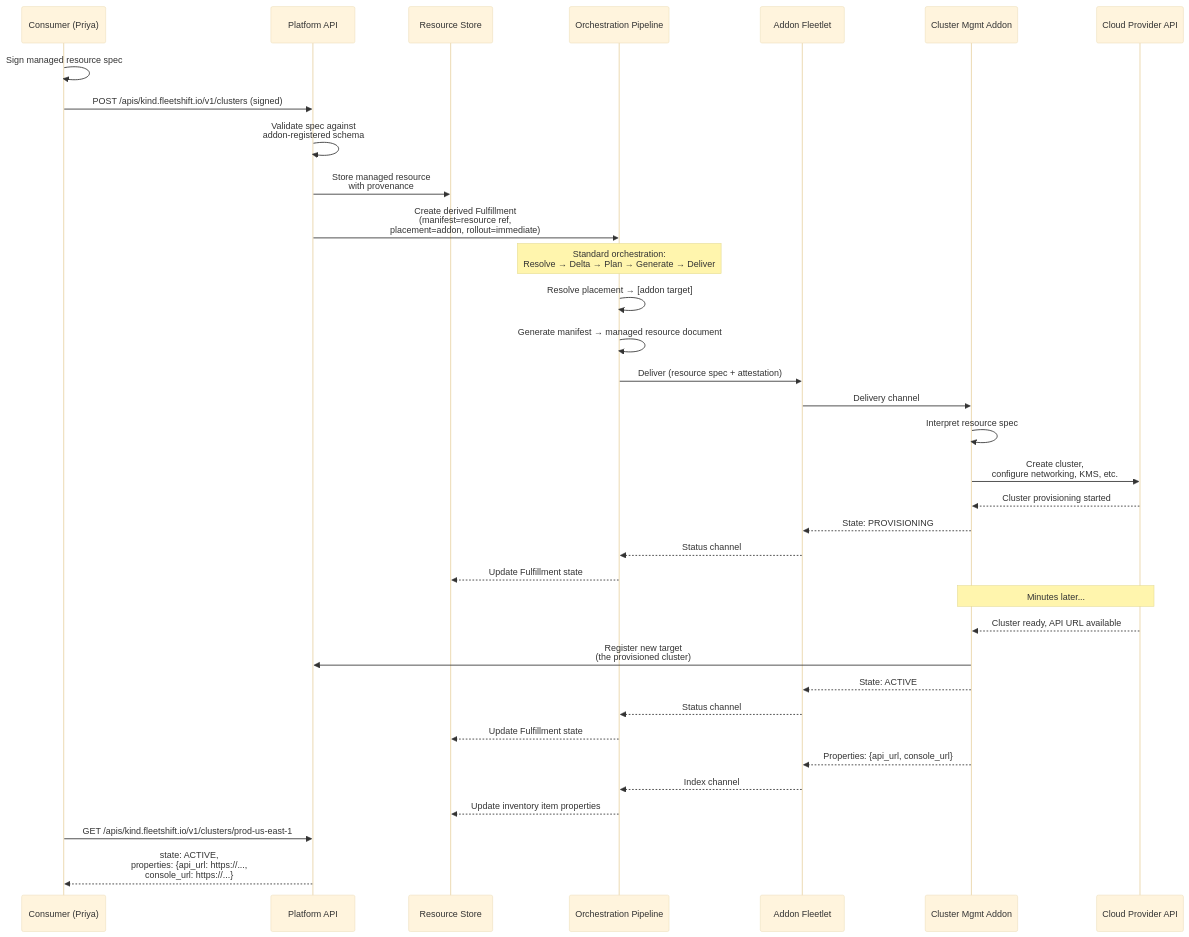
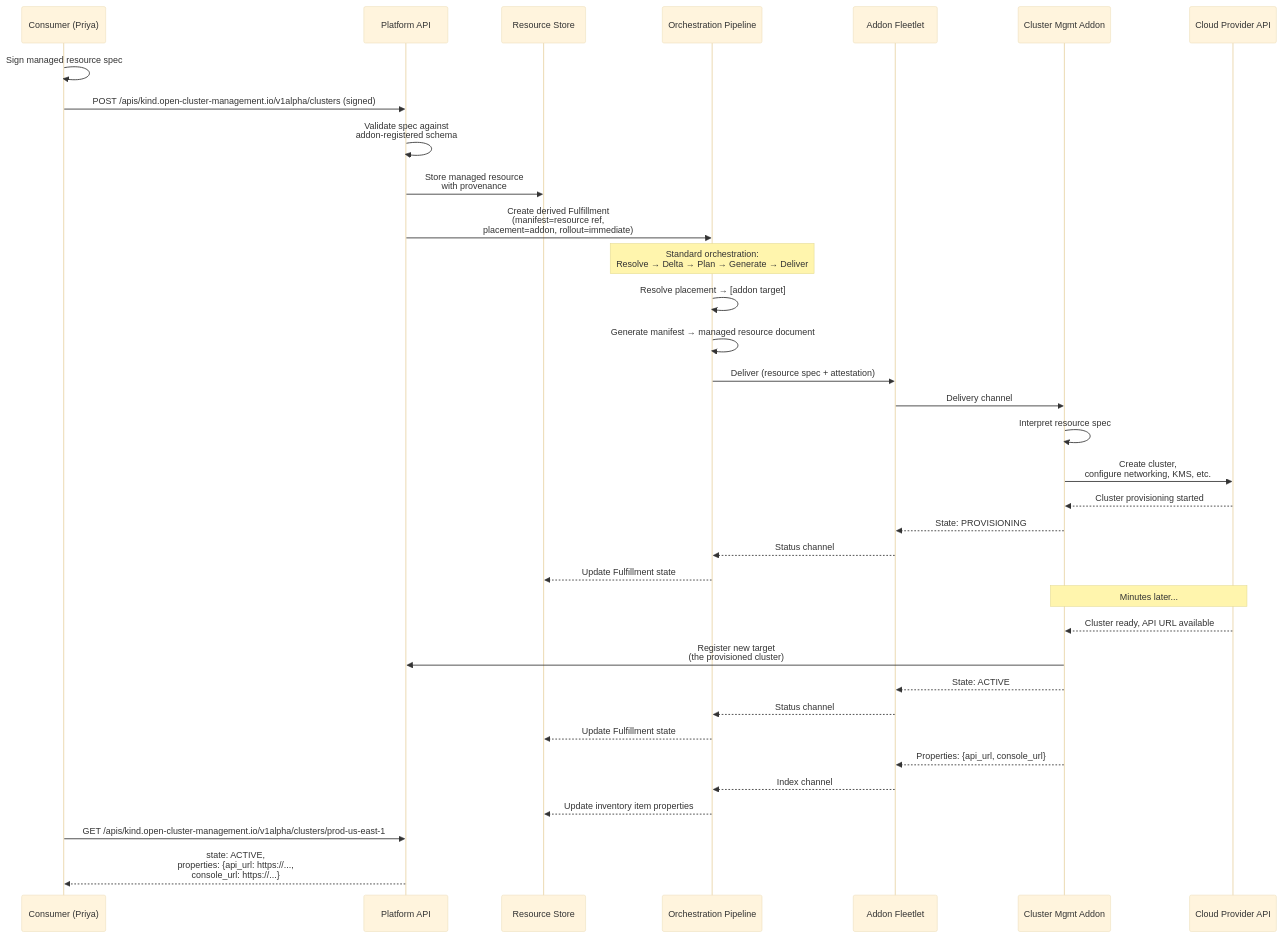
The diagram in docs/design/managed_resources.md (fleetshift/fleetshift-poc), drawn with Mermaid (base theme) before and after one commit. The commit also changed other lines of this file and 1079 other files, not shown here.

````diff
--- a/docs/design/managed_resources.md
+++ b/docs/design/managed_resources.md
@@ -202,46 +202,46 @@
 ```mermaid
 sequenceDiagram
     participant User as Consumer (Priya)
     participant Platform as Platform API
     participant Store as Resource Store
     participant Pipeline as Orchestration Pipeline
     participant Fleetlet as Addon Fleetlet
     participant Addon as Cluster Mgmt Addon
     participant Cloud as Cloud Provider API
 
     User->>User: Sign managed resource spec
-    User->>Platform: POST /apis/kind.fleetshift.io/v1/clusters (signed)
+    User->>Platform: POST /apis/kind.open-cluster-management.io/v1alpha/clusters (signed)
     Platform->>Platform: Validate spec against<br/>addon-registered schema
     Platform->>Store: Store managed resource<br/>with provenance
 
     Platform->>Pipeline: Create derived Fulfillment<br/>(manifest=resource ref,<br/>placement=addon, rollout=immediate)
 
     Note over Pipeline: Standard orchestration:<br/>Resolve → Delta → Plan → Generate → Deliver
 
     Pipeline->>Pipeline: Resolve placement → [addon target]
     Pipeline->>Pipeline: Generate manifest → managed resource document
     Pipeline->>Fleetlet: Deliver (resource spec + attestation)
     Fleetlet->>Addon: Delivery channel
 
     Addon->>Addon: Interpret resource spec
     Addon->>Cloud: Create cluster,<br/>configure networking, KMS, etc.
     Cloud-->>Addon: Cluster provisioning started
 
     Addon-->>Fleetlet: State: PROVISIONING
     Fleetlet-->>Pipeline: Status channel
     Pipeline-->>Store: Update Fulfillment state
 
     Note over Addon, Cloud: Minutes later...
 
     Cloud-->>Addon: Cluster ready, API URL available
     Addon->>Platform: Register new target<br/>(the provisioned cluster)
     Addon-->>Fleetlet: State: ACTIVE
     Fleetlet-->>Pipeline: Status channel
     Pipeline-->>Store: Update Fulfillment state
     Addon-->>Fleetlet: Properties: {api_url, console_url}
     Fleetlet-->>Pipeline: Index channel
     Pipeline-->>Store: Update inventory item properties
 
-    User->>Platform: GET /apis/kind.fleetshift.io/v1/clusters/prod-us-east-1
+    User->>Platform: GET /apis/kind.open-cluster-management.io/v1alpha/clusters/prod-us-east-1
     Platform-->>User: state: ACTIVE,<br/>properties: {api_url: https://...,<br/>console_url: https://...}
 ```
````
